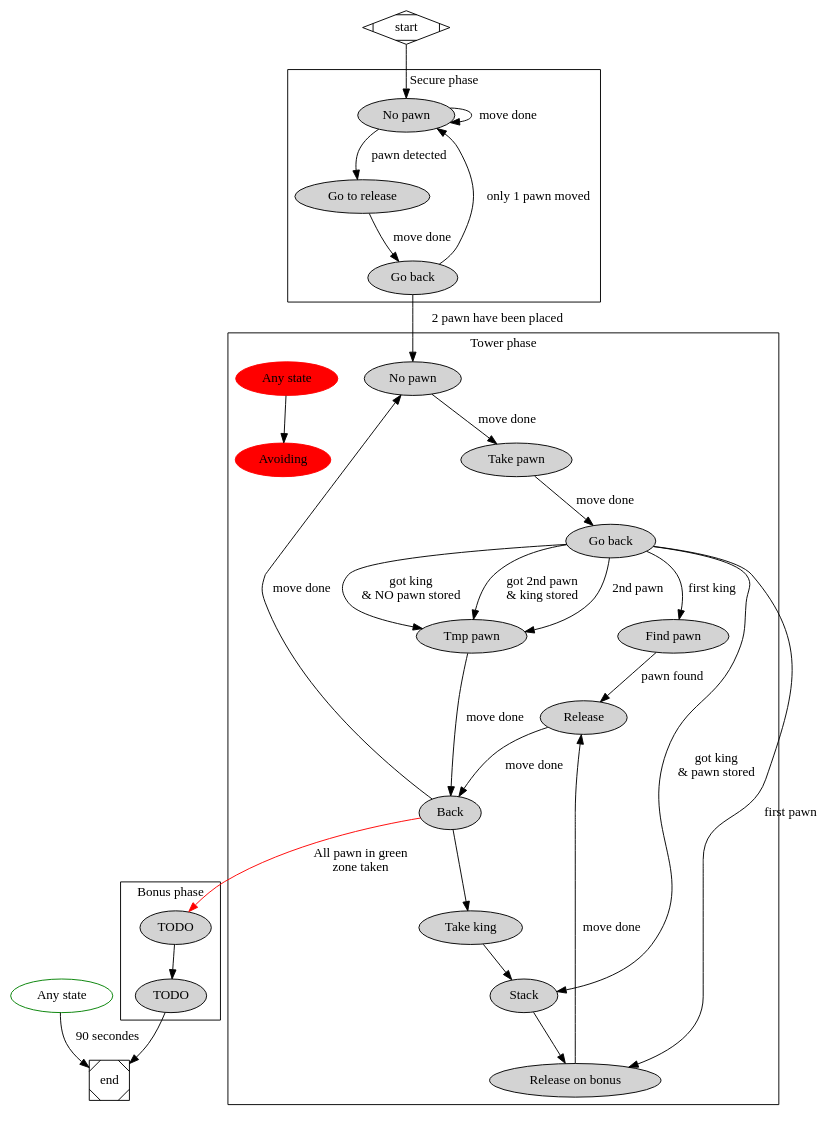
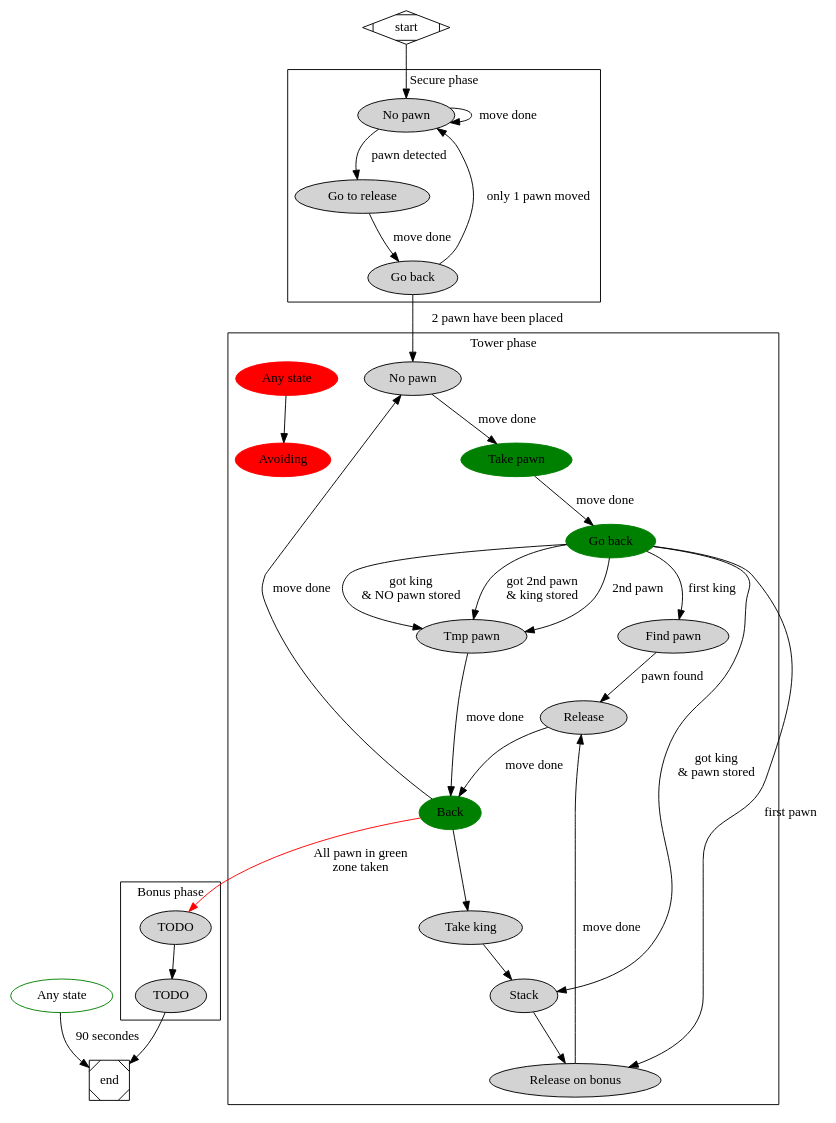
The diagram in graph/decisions_global.dot (JBot/Maximus), drawn with Graphviz before and after one commit. The commit also changed 2 other files, not shown here.

```diff
--- a/graph/decisions_global.dot
+++ b/graph/decisions_global.dot
@@ -1,89 +1,89 @@
 digraph G {
 
 	any_state_global [label = "Any state", color = green];
 
 	subgraph cluster_0 {
 		color=black
 		node [style=filled];
 		no_pawn1 [label = "No pawn"];
 	        goto_release1 [label = "Go to release"];
         	go_back1 [label = "Go back"];
 
         	no_pawn1 -> no_pawn1 [label = "move done"];
 
         	no_pawn1 -> goto_release1 [label = "pawn detected"];
 
         	goto_release1 -> go_back1 [label = "move done"];
 
         	go_back1 -> no_pawn1 [label = "only 1 pawn moved"];
 		label = "Secure phase";
 	}
 
 	subgraph cluster_1 {
 		node [style=filled];
 		no_pawn2  [label = "No pawn"];
-		take_pawn2  [label = "Take pawn"];
-		go_back2  [label = "Go back"];
-		back2  [label = "Back"];
+		take_pawn2  [label = "Take pawn", color = green];
+		go_back2  [label = "Go back", color = green];
+		back2  [label = "Back", color = green];
 		find_pawn2  [label = "Find pawn"];
 		tmp_pawn2  [label = "Tmp pawn"];
 		stack2  [label = "Stack"];
 		release_on_bonus2  [label = "Release on bonus"];
 		release2  [label = "Release"];
 		any_states2  [label = "Any state", color = red];
 		avoiding2  [label = "Avoiding", color = red];
 		take_king2  [label = "Take king"];
 
 		
 		no_pawn2 -> take_pawn2 [label = "move done"];
 		take_pawn2 -> go_back2 [label = "move done"];
 		
 		go_back2 -> tmp_pawn2 [label = "got 2nd pawn \n& king stored"];
 		go_back2 -> tmp_pawn2 [label = "2nd pawn"];
 		go_back2 -> tmp_pawn2 [label = "got king \n& NO pawn stored"];
 		go_back2 -> stack2 [label = "got king \n& pawn stored"];
 		go_back2 -> release_on_bonus2 [label = "first pawn"];
 		go_back2 -> find_pawn2 [label = "first king"];
 
 		find_pawn2 -> release2 [label = "pawn found"];	
 		release2 -> back2 [label = "move done"];
 		back2 -> no_pawn2 [label = "move done"];
 		
 		tmp_pawn2 -> back2 [label = "move done"];		
 
 		stack2 -> release_on_bonus2;
 		
 		release_on_bonus2 -> release2 [label = "move done"];
 		
 		back2 -> take_king2;
 		take_king2 -> stack2;
 
 		any_states2 -> avoiding2;
 
 		label = "Tower phase";
 		color=black
 	}
 
         subgraph cluster_2 {
                 node [style=filled];
                 no_pawn3 [label = "TODO"];
                 take_pawn3 [label = "TODO"];
 
                 no_pawn3 -> take_pawn3;
 
 
                 label = "Bonus phase";
                 color=black
         }
 
 
 	start -> no_pawn1;
         go_back1 -> no_pawn2 [label = "2 pawn have been placed"];
 	back2 -> no_pawn3 [label = "All pawn in green \nzone taken", color = red];
 	take_pawn3 -> end;
 
 	any_state_global -> end [label = "90 secondes"];
 
 	start [shape=Mdiamond];
 	end [shape=Msquare];
 }
```
